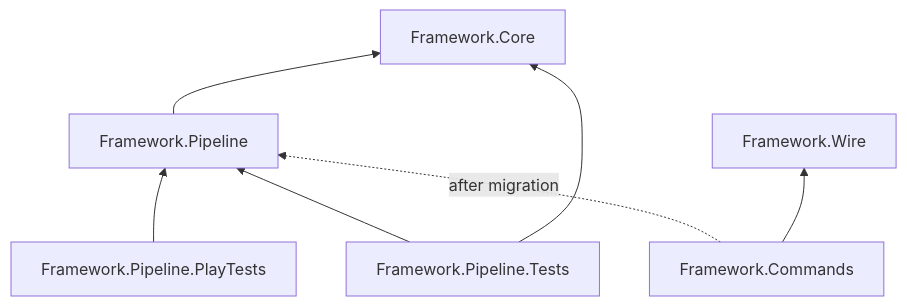
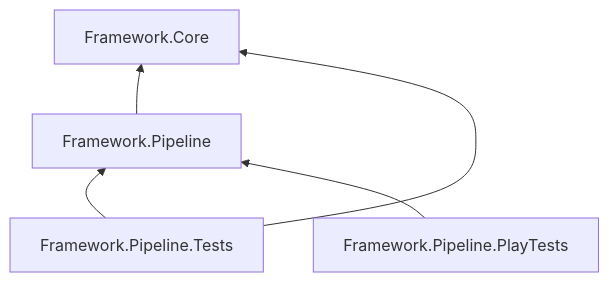
The second of 2 diagrams in Product/spikes/infra-command-pipeline.md (MgCohen/Card-Framework), drawn with Mermaid before and after one commit. The commit also changed other lines of this file, not shown here.

Commit message:
Pipeline spike: plan is an extraction in one root folder; migration moves to Later

````diff
--- a/Product/spikes/infra-command-pipeline.md
+++ b/Product/spikes/infra-command-pipeline.md
@@ -440,9 +440,7 @@
 ```mermaid
 flowchart BT
   P["Framework.Pipeline"] --> C["Framework.Core"]
   T["Framework.Pipeline.Tests"] --> P
   T --> C
   PT["Framework.Pipeline.PlayTests"] --> P
-  CMD["Framework.Commands"] -. "after migration" .-> P
-  CMD --> W["Framework.Wire"]
 ```
````
